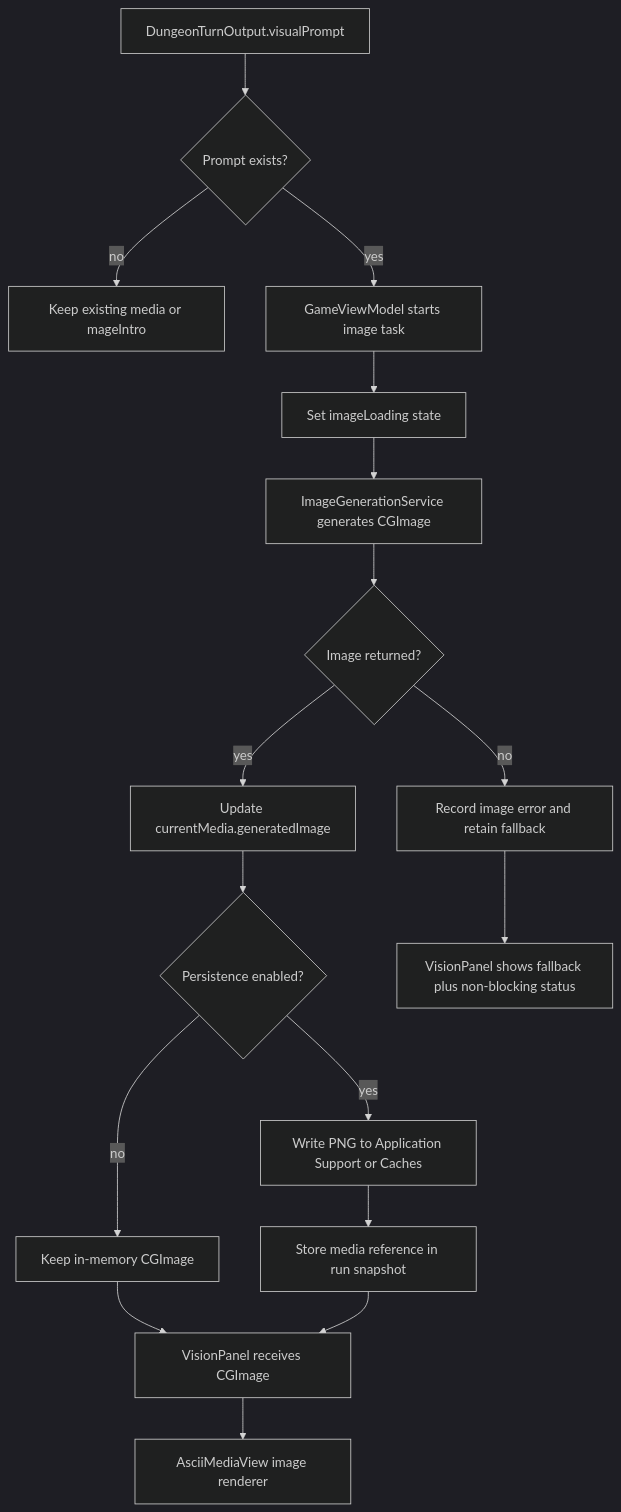
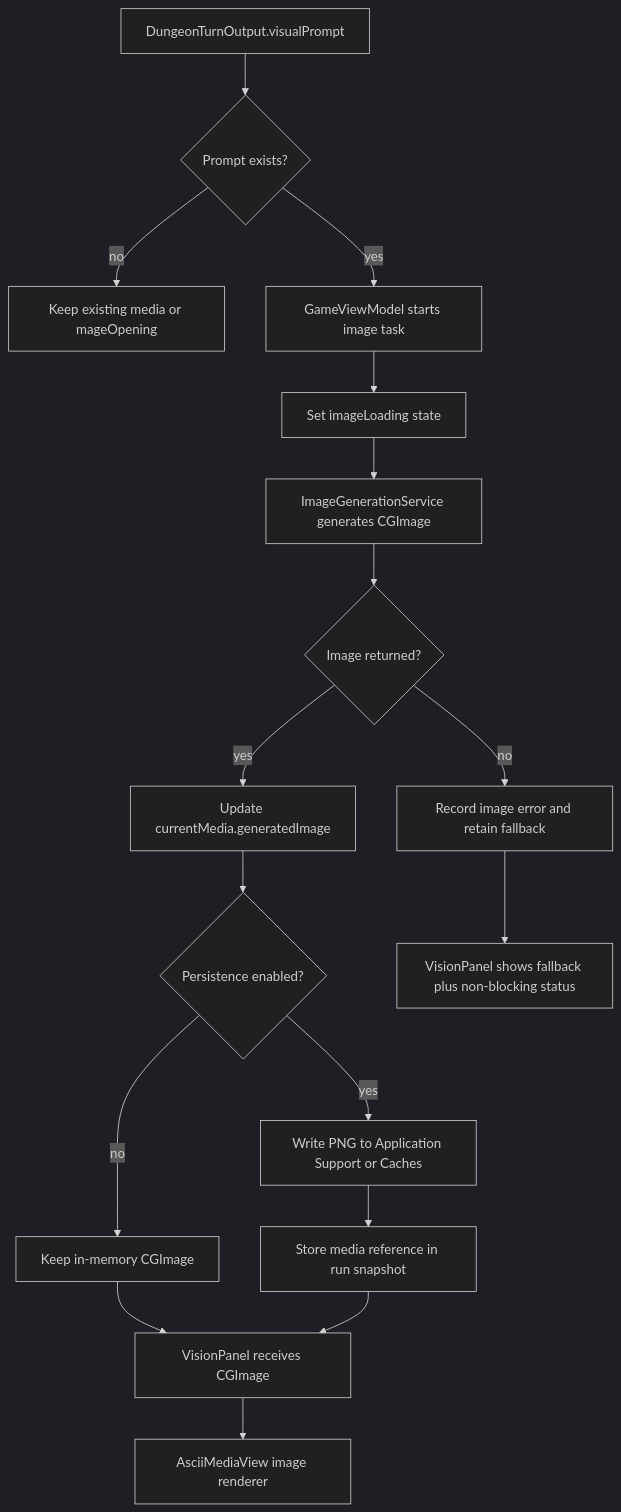
Before and after one commit to enzoenrico/naninf: the third of 3 diagrams in docs/ai-feature-implementation-plan.md, drawn with Mermaid (dark theme). The commit also changed other lines of this file and 10 other files, not shown here.

````diff
--- a/docs/ai-feature-implementation-plan.md
+++ b/docs/ai-feature-implementation-plan.md
@@ -122,19 +122,19 @@
 ```mermaid
 flowchart TD
     A[DungeonTurnOutput.visualPrompt] --> B{Prompt exists?}
-    B -- no --> C[Keep existing media or mageIntro]
+    B -- no --> C[Keep existing media or mageOpening]
     B -- yes --> D[GameViewModel starts image task]
     D --> E[Set imageLoading state]
     E --> F[ImageGenerationService generates CGImage]
     F --> G{Image returned?}
     G -- yes --> H[Update currentMedia.generatedImage]
     H --> I{Persistence enabled?}
     I -- yes --> J[Write PNG to Application Support or Caches]
     I -- no --> K[Keep in-memory CGImage]
     J --> L[Store media reference in run snapshot]
     K --> M[VisionPanel receives CGImage]
     L --> M
     M --> N[AsciiMediaView image renderer]
     G -- no --> O[Record image error and retain fallback]
     O --> P[VisionPanel shows fallback plus non-blocking status]
 ```
````
